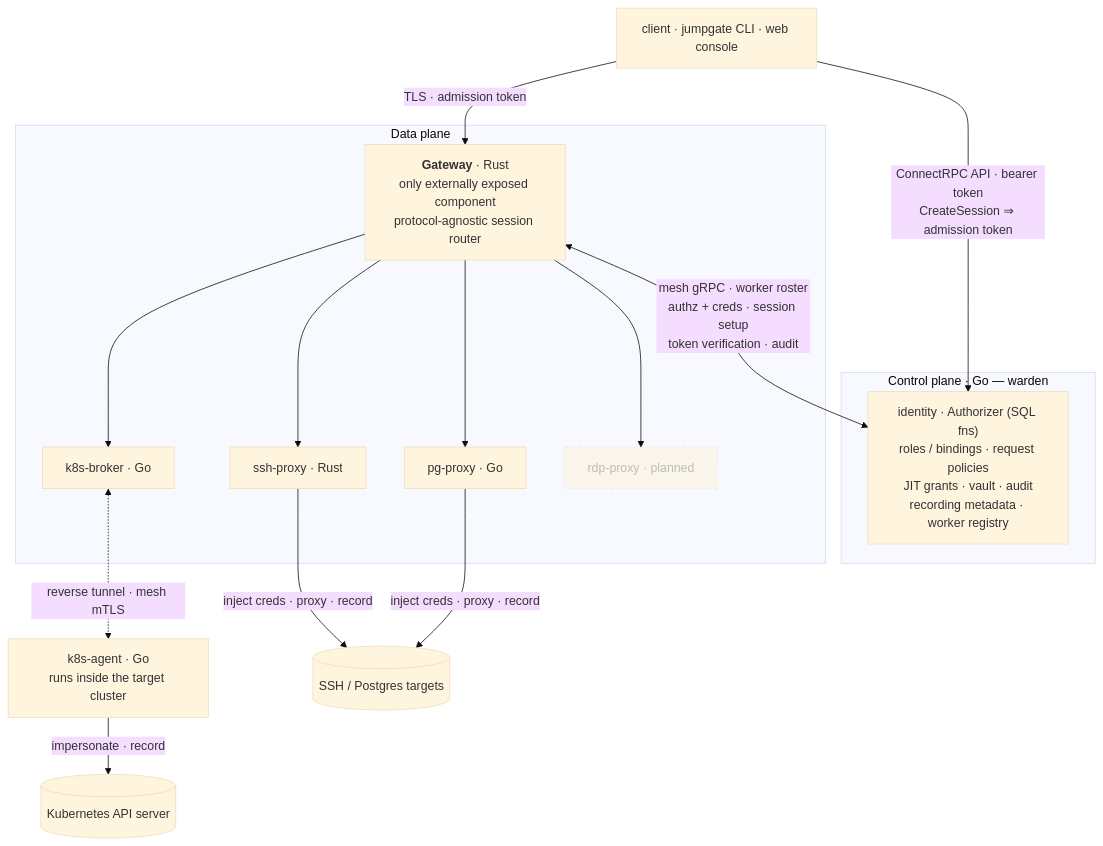
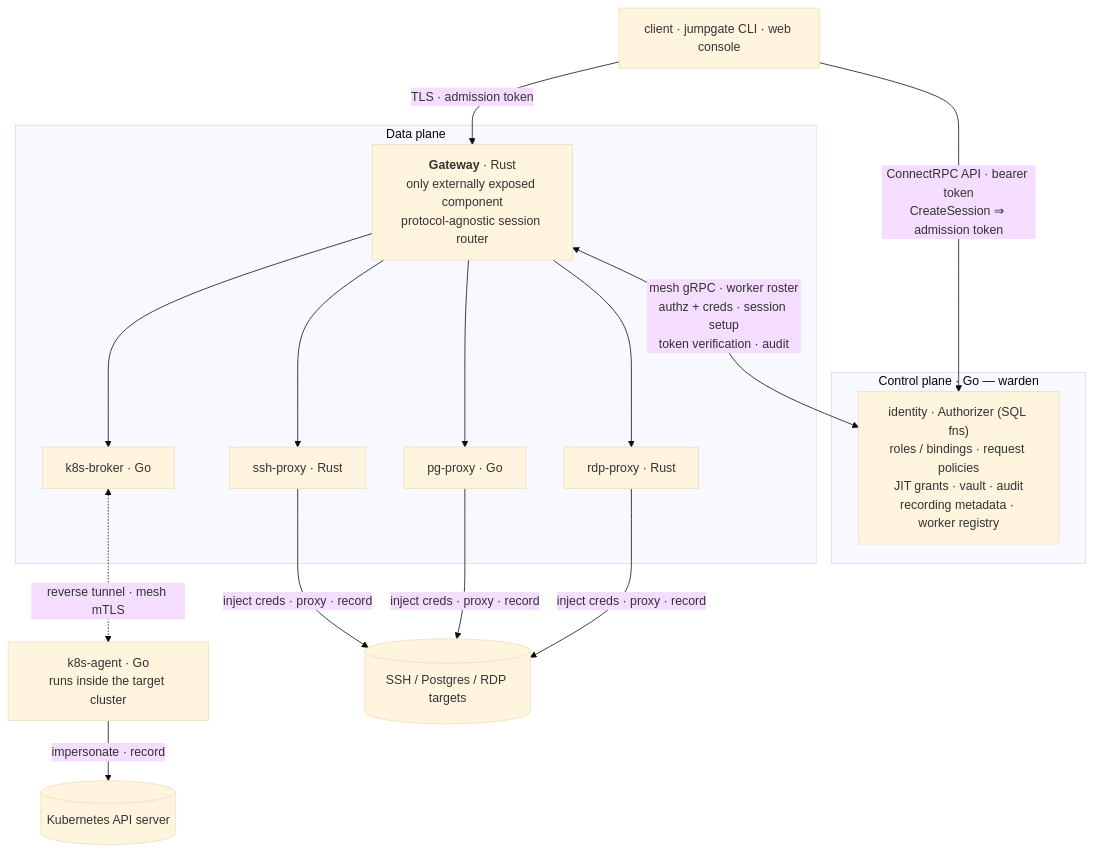
Before and after one commit to trevex/jumpgate: the diagram in docs/architecture.md, drawn with Mermaid (base theme). The commit also changed other lines of this file and 10 other files, not shown here.

````diff
--- a/docs/architecture.md
+++ b/docs/architecture.md
@@ -17,35 +17,33 @@
 ```mermaid
 flowchart TB
     client["client · jumpgate CLI · web console"]
 
     subgraph cp["Control plane · Go — warden"]
         cpbody["identity · Authorizer (SQL fns)<br>roles / bindings · request policies<br>JIT grants · vault · audit<br>recording metadata · worker registry"]
     end
 
     subgraph dp["Data plane"]
         gw["<b>Gateway</b> · Rust<br>only externally exposed component<br>protocol-agnostic session router"]
         ssh["ssh-proxy · Rust"]
         pg["pg-proxy · Go"]
         brk["k8s-broker · Go"]
-        rdp["rdp-proxy · planned"]
+        rdp["rdp-proxy · Rust"]
     end
 
     agent["k8s-agent · Go<br>runs inside the target cluster"]
-    targets[("SSH / Postgres targets")]
+    targets[("SSH / Postgres / RDP targets")]
     kube[("Kubernetes API server")]
 
     client -->|"ConnectRPC API · bearer token<br>CreateSession ⇒ admission token"| cpbody
     client -->|"TLS · admission token"| gw
     gw <-->|"mesh gRPC · worker roster<br>authz + creds · session setup<br>token verification · audit"| cpbody
     gw --> ssh
     gw --> pg
     gw --> brk
     gw --> rdp
     ssh -->|"inject creds · proxy · record"| targets
     pg -->|"inject creds · proxy · record"| targets
+    rdp -->|"inject creds · proxy · record"| targets
     brk <-.->|"reverse tunnel · mesh mTLS"| agent
     agent -->|"impersonate · record"| kube
-
-    classDef planned stroke-dasharray:5 4,opacity:0.55;
-    class rdp planned;
 ```
````
